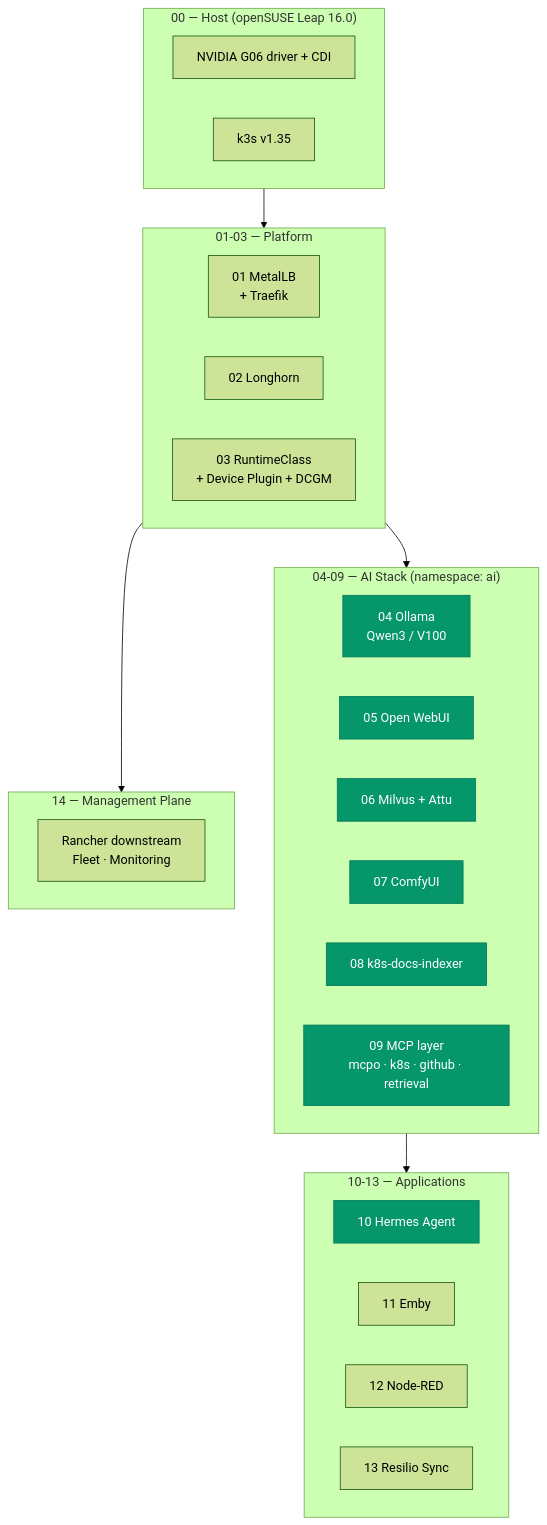
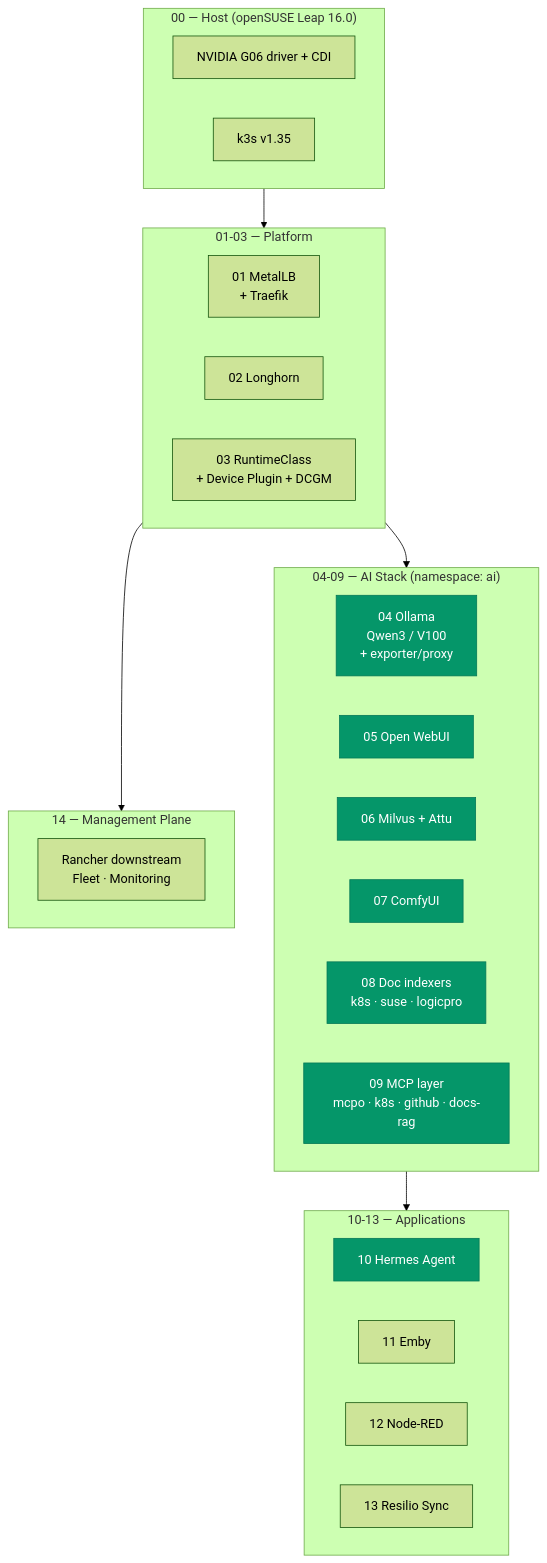
One commit to darthzen/lab-fleet changed the first of 2 diagrams in README.md. Above: the diagram before and after it, drawn with Mermaid (forest theme). The commit also changed other lines of this file and 44 other files, not shown here.

````diff
--- a/README.md
+++ b/README.md
@@ -9,39 +9,39 @@
 ```mermaid
 flowchart TD
     subgraph host["00 — Host (openSUSE Leap 16.0)"]
         DRIVER[NVIDIA G06 driver + CDI]
         K3S[k3s v1.35]
     end
 
     subgraph platform["01-03 — Platform"]
         METALLB[01 MetalLB<br/>+ Traefik]
         LONGHORN[02 Longhorn]
         GPU[03 RuntimeClass<br/>+ Device Plugin + DCGM]
     end
 
     subgraph ai["04-09 — AI Stack (namespace: ai)"]
-        OLLAMA[04 Ollama<br/>Qwen3 / V100]
+        OLLAMA[04 Ollama<br/>Qwen3 / V100<br/>+ exporter/proxy]
         OWUI[05 Open WebUI]
         MILVUS[06 Milvus + Attu]
         COMFY[07 ComfyUI]
-        INDEXER[08 k8s-docs-indexer]
-        MCP[09 MCP layer<br/>mcpo · k8s · github · retrieval]
+        INDEXER[08 Doc indexers<br/>k8s · suse · logicpro]
+        MCP[09 MCP layer<br/>mcpo · k8s · github · docs-rag]
     end
 
     subgraph apps["10-13 — Applications"]
         HERMES[10 Hermes Agent]
         EMBY[11 Emby]
         NODERED[12 Node-RED]
         RESILIO[13 Resilio Sync]
     end
 
     subgraph mgmt["14 — Management Plane"]
         RANCHER[Rancher downstream<br/>Fleet · Monitoring]
     end
 
     host --> platform --> ai --> apps
     platform --> mgmt
 
     classDef ai_c fill:#059669,stroke:#047857,color:#fff
     class OLLAMA,OWUI,MILVUS,COMFY,INDEXER,MCP,HERMES ai_c
 ```
````
